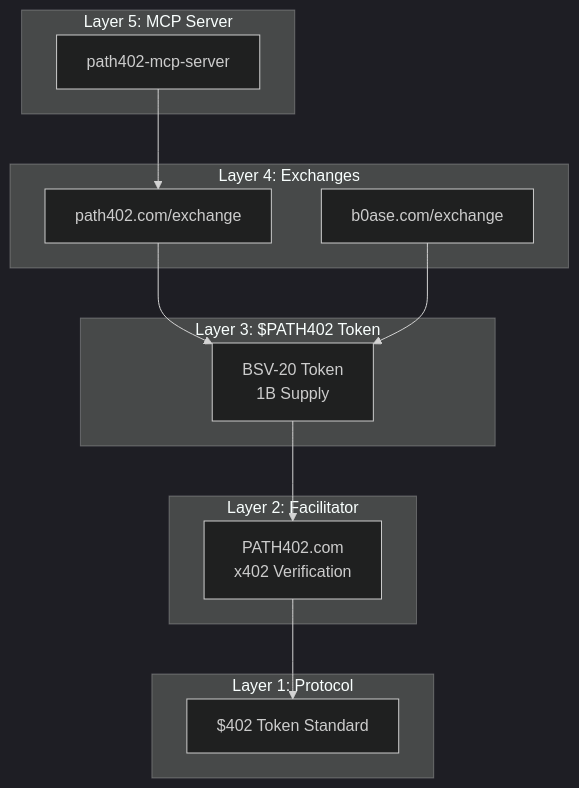
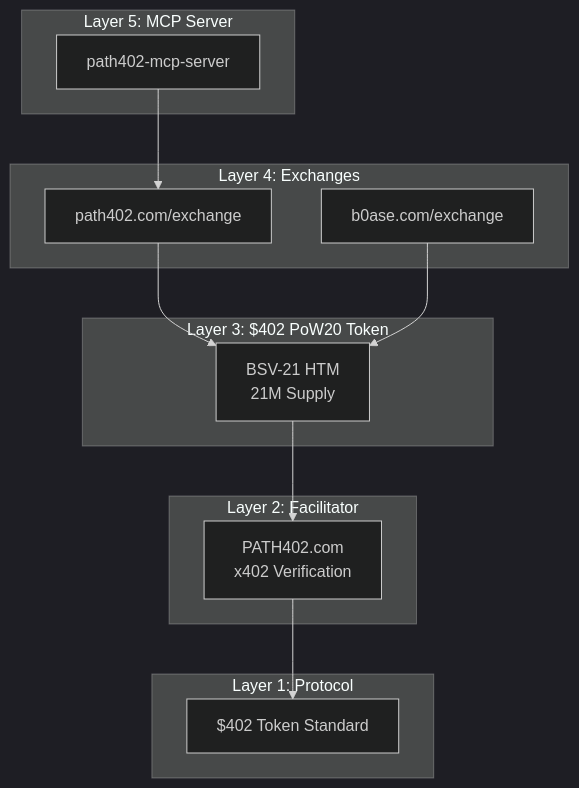
One commit to b0ase/path401-com changed the first of 3 diagrams in docs/CODEBASE_MAP.md. Above: the diagram before and after it, drawn with Mermaid (dark theme). The commit also changed other lines of this file and 10 other files, not shown here.

````diff
--- a/docs/CODEBASE_MAP.md
+++ b/docs/CODEBASE_MAP.md
@@ -13,29 +13,29 @@
 ```mermaid
 graph TB
     subgraph L5["Layer 5: MCP Server"]
         MCP[path402-mcp-server]
     end
 
     subgraph L4["Layer 4: Exchanges"]
         EX1[path402.com/exchange]
         EX2[b0ase.com/exchange]
     end
 
-    subgraph L3["Layer 3: $PATH402 Token"]
-        TOK[BSV-20 Token<br/>1B Supply]
+    subgraph L3["Layer 3: $402 PoW20 Token"]
+        TOK[BSV-21 HTM<br/>21M Supply]
     end
 
     subgraph L2["Layer 2: Facilitator"]
         FAC[PATH402.com<br/>x402 Verification]
     end
 
     subgraph L1["Layer 1: Protocol"]
         STD[$402 Token Standard]
     end
 
     MCP --> EX1
     EX1 --> TOK
     EX2 --> TOK
     TOK --> FAC
     FAC --> STD
 ```
````
